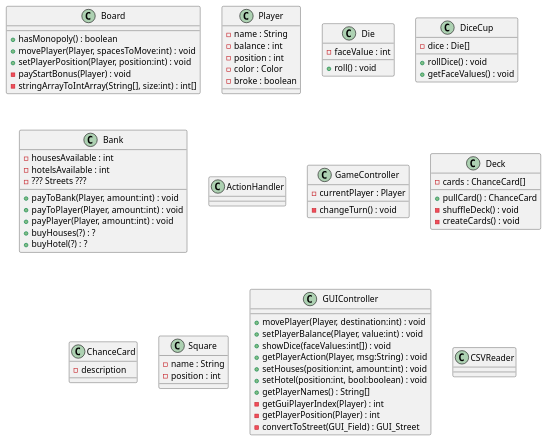
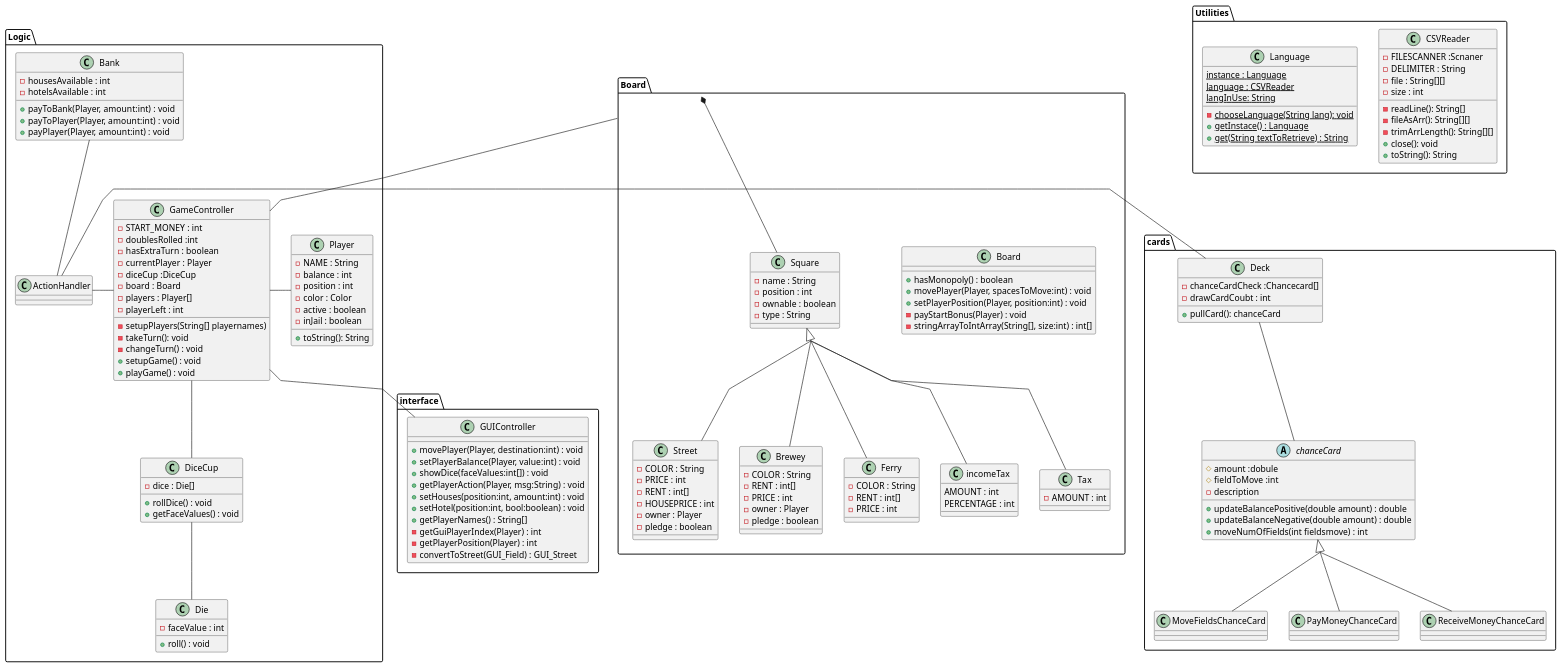
The diagram in diagrams/design_class_diagram.puml (Greve2001/CDIO-final), drawn with PlantUML before and after one commit.

Commit message:
Updated Design Class diagram

```diff
--- a/diagrams/design_class_diagram.puml
+++ b/diagrams/design_class_diagram.puml
@@ -4,94 +4,150 @@
 
 skinparam linetype polyline
 
-class Board
-class Player
-class Die
-class DiceCup
-class Bank
-class ActionHandler
-class GameController
-class Deck
-class ChanceCard
-class Square
-
-
-class GUIController
-class CSVReader
-
-
-
-
-
+package Board
+{
 class Board {
     +hasMonopoly() : boolean
     +movePlayer(Player, spacesToMove:int) : void
     +setPlayerPosition(Player, position:int) : void
     -payStartBonus(Player) : void
     -stringArrayToIntArray(String[], size:int) : int[]
+    }
+     class Square {
+         -name : String
+         -position : int
+         -ownable : boolean
+         -type : String
+
+     }
+     class Street{
+
+        -COLOR : String
+        -PRICE : int
+        -RENT : int[]
+        -HOUSEPRICE : int
+        -owner : Player
+        -pledge : boolean
+
+
+     }
+     class Brewey
+     {
+       -COLOR : String
+       -RENT : int[]
+       -PRICE : int
+       -owner : Player
+       -pledge : boolean
+     }
+     class Ferry
+     {
+       -COLOR : String
+       -RENT : int[]
+       -PRICE : int
+     }
+     class incomeTax
+     {
+       AMOUNT : int
+       PERCENTAGE : int
+     }
+     class Tax
+     {
+        -AMOUNT : int
+     }
+}
+package cards
+{
+   abstract class chanceCard{
+       #amount :dobule
+       #fieldToMove :int
+       -description
+
+       +updateBalancePositive(double amount) : double
+       +updateBalanceNegative(double amount) : double
+       +moveNumOfFields(int fieldsmove) : int
+   }
+   class Deck
+   {
+      -chanceCardCheck :Chancecard[]
+      -drawCardCoubt : int
+
+      +pullCard(): chanceCard
+   }
+   class MoveFieldsChanceCard
+   {
+
+   }
+   class PayMoneyChanceCard
+   {
+
+   }
+   class ReceiveMoneyChanceCard
+   {
+
+   }
 }
 
-class Square {
-    -name : String
-    -position : int
-}
-
-
-class Player {
-    -name : String
+package Logic
+{
+   class Player
+    {
+    -NAME : String
     -balance : int
     -position : int
     -color : Color
-    -broke : boolean
+    -active : boolean
+    -inJail : boolean
+
+    +toString(): String
+
+     }
+     class Die {
+         -faceValue : int
+
+         +roll() : void
+     }
+
+     class DiceCup {
+         -dice : Die[]
+
+         +rollDice() : void
+         +getFaceValues() : void
+     }
+     class Bank {
+         -housesAvailable : int
+         -hotelsAvailable : int
+
+
+         +payToBank(Player, amount:int) : void
+         +payToPlayer(Player, amount:int) : void
+         +payPlayer(Player, amount:int) : void
+
+     }
+     class ActionHandler {
+
+
+     }
+     class GameController {
+         -START_MONEY : int
+         -doublesRolled :int
+         -hasExtraTurn : boolean
+         -currentPlayer : Player
+         -diceCup :DiceCup
+         -board : Board
+         -players : Player[]
+         -playerLeft : int
+
+         -setupPlayers(String[] playernames)
+         -takeTurn(): void
+         -changeTurn() : void
+         +setupGame() : void
+         +playGame() : void
+
+
+     }
 }
-
-class Die {
-    -faceValue : int
-
-    +roll() : void
-}
-
-class DiceCup {
-    -dice : Die[]
-
-    +rollDice() : void
-    +getFaceValues() : void
-}
-
-class Bank {
-    -housesAvailable : int
-    -hotelsAvailable : int
-    -??? Streets ???
-
-    +payToBank(Player, amount:int) : void
-    +payToPlayer(Player, amount:int) : void
-    +payPlayer(Player, amount:int) : void
-    +buyHouses(?) : ?
-    +buyHotel(?) : ?
-}
-
-class ActionHandler {
-
-}
-
-class GameController {
-    -currentPlayer : Player
-
-    -changeTurn() : void
-}
-
-class Deck {
-    -cards : ChanceCard[]
-
-    +pullCard() : ChanceCard
-    -shuffleDeck() : void
-    -createCards() : void
-}
-
-class ChanceCard{
-    -description
-}
-
+package interface
+{
 class GUIController{
     +movePlayer(Player, destination:int) : void
     +setPlayerBalance(Player, value:int) : void
@@ -105,5 +161,60 @@
     -convertToStreet(GUI_Field) : GUI_Street
 }
 
+}
+package Utilities
+{
+  class CSVReader
+  {
+    -FILESCANNER :Scnaner
+    -DELIMITER : String
+    -file : String[][]
+    -size : int
+
+    -readLine(): String[]
+    -fileAsArr(): String[][]
+    -trimArrLength(): String[][]
+    +close(): void
+    +toString(): String
+  }
+  class Language
+  {
+     {static} instance : Language
+     {static} language : CSVReader
+     {static} langInUse: String
+
+     {static} -chooseLanguage(String lang): void
+     {static} +getInstace() : Language
+     {static} +get(String textToRetrieve) : String
+
+
+  }
+}
+
+GameController -- GUIController
+Bank -- ActionHandler
+GameController -l- ActionHandler
+GameController -- DiceCup
+DiceCup -- Die
+GameController -r- Player
+
+ActionHandler -l- Deck
+GameController -u- Board
+Board *-d- Square
+Square <|-- Brewey
+Square <|-- Ferry
+Square <|-- incomeTax
+Square <|-- Street
+Square <|-- Tax
+
+Deck -- chanceCard
+chanceCard <|-- MoveFieldsChanceCard
+chanceCard <|-- PayMoneyChanceCard
+chanceCard <|-- ReceiveMoneyChanceCard
+
+
+
+
+
 
 @enduml
```
